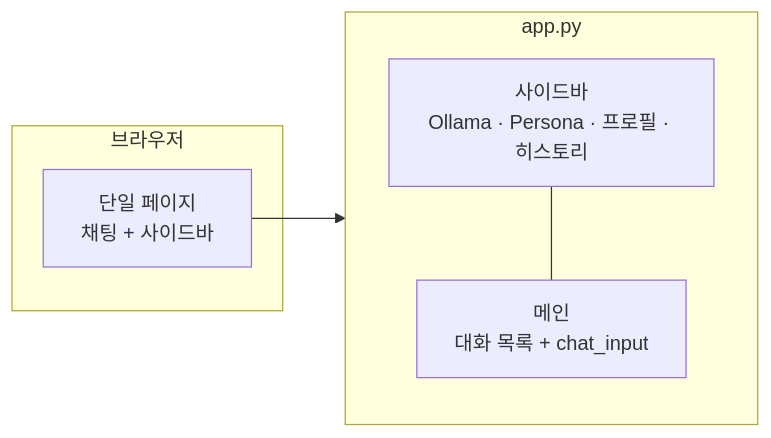
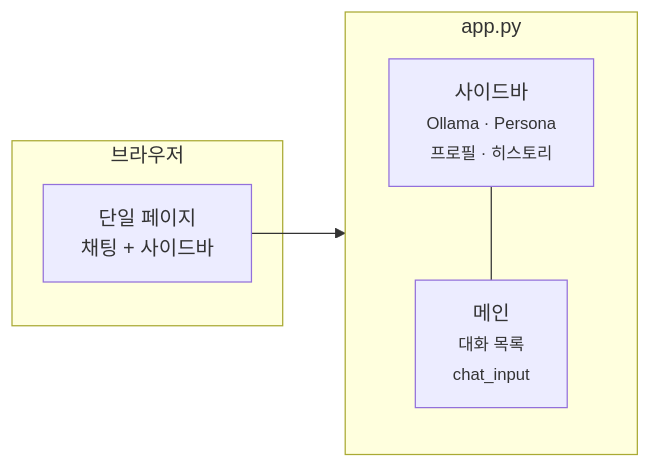
One commit to sumin-ma-1/basic-sw-tech-sm changed the first of 7 diagrams in README.md. Above: the diagram before and after it, drawn with Mermaid. The commit also changed other lines of this file, not shown here.

Commit message:
Clarify UI framework and LLM details in README
Update README to clarify UI framework and LLM usage.

````diff
--- a/README.md
+++ b/README.md
@@ -41,14 +40,17 @@
 ```mermaid
 flowchart LR
     subgraph Browser["브라우저"]
         Page["단일 페이지<br/>채팅 + 사이드바"]
     end
 
     subgraph App["app.py"]
-        Side["사이드바<br/>Ollama · Persona · 프로필 · 히스토리"]
-        Main["메인<br/>대화 목록 + chat_input"]
+        direction TB
+
+        Side["사이드바<br/><small>Ollama · Persona<br/>프로필 · 히스토리</small>"]
+        Main["메인<br/><small>대화 목록<br/>chat_input</small>"]
+
         Side --- Main
     end
 
     Page --> App
 ```
````
